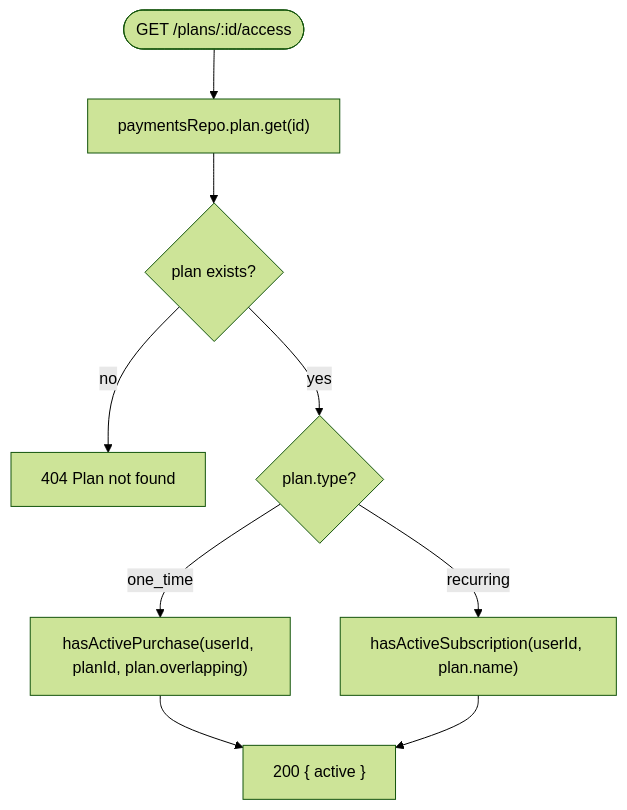
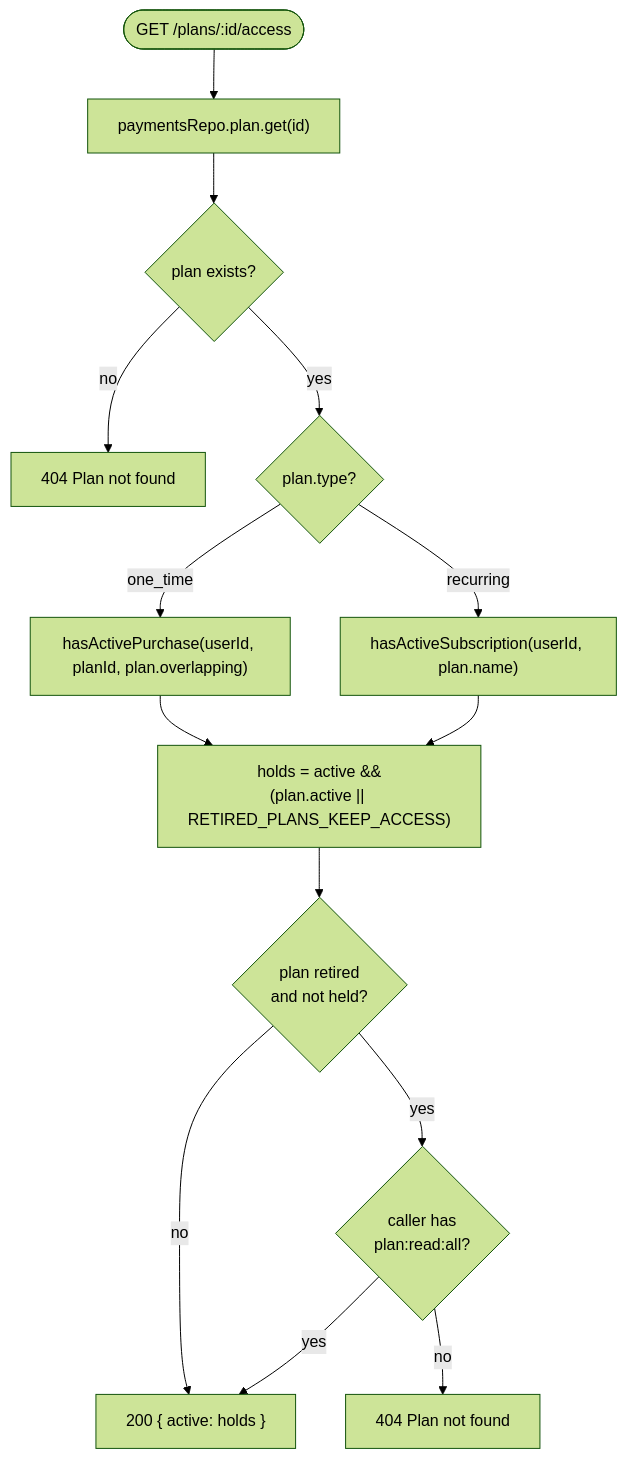
Before and after one commit to FranciscoAVD/backend: the seventh of 9 diagrams in src/features/payments/CONTROL_FLOW.md, drawn with Mermaid (forest theme). The commit also changed other lines of this file and 24 other files, not shown here.

````diff
--- a/src/features/payments/CONTROL_FLOW.md
+++ b/src/features/payments/CONTROL_FLOW.md
@@ -341,11 +348,16 @@
 ```mermaid
 flowchart TD
     Start(["GET /plans/:id/access"]) --> LookupPlan["paymentsRepo.plan.get(id)"]
     LookupPlan --> PlanFound{"plan exists?"}
     PlanFound -- no --> NotFound["404 Plan not found"]
     PlanFound -- yes --> Type{"plan.type?"}
     Type -- one_time --> HasActivePurchase["hasActivePurchase(userId, planId, plan.overlapping)"]
     Type -- recurring --> HasActiveSubscription["hasActiveSubscription(userId, plan.name)"]
-    HasActivePurchase --> Return["200 { active }"]
-    HasActiveSubscription --> Return
+    HasActivePurchase --> Holds["holds = active &&\n(plan.active || RETIRED_PLANS_KEEP_ACCESS)"]
+    HasActiveSubscription --> Holds
+    Holds --> Hidden{"plan retired\nand not held?"}
+    Hidden -- no --> Return["200 { active: holds }"]
+    Hidden -- yes --> Admin{"caller has\nplan:read:all?"}
+    Admin -- yes --> Return
+    Admin -- no --> NotFound2["404 Plan not found"]
 ```
````
